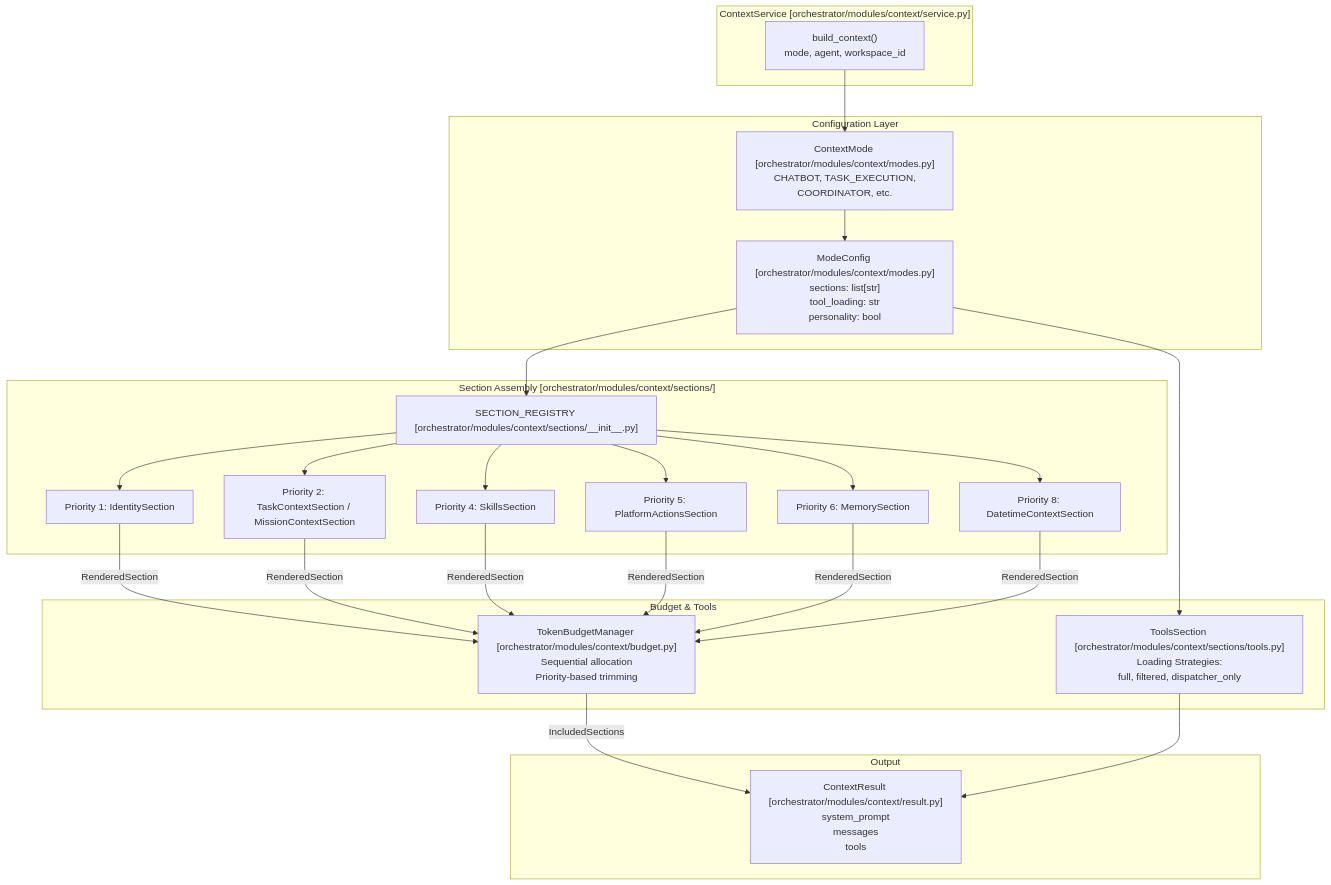
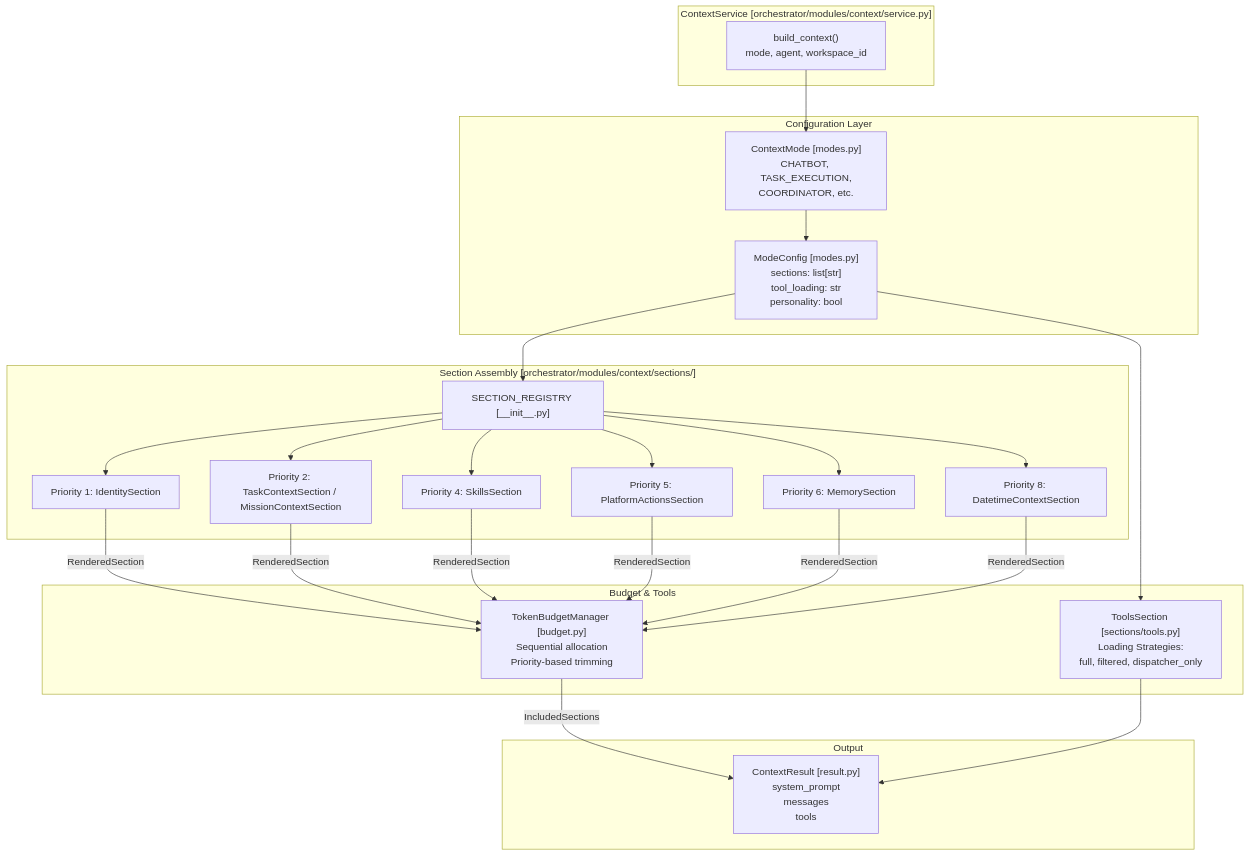
One commit to AutomatosAI/automatos-ai changed the first of 2 diagrams in docs/context-service/_index.md. Above: the diagram before and after it, drawn with Mermaid. The commit also changed other lines of this file and 153 other files, not shown here.

````diff
--- a/docs/context-service/_index.md
+++ b/docs/context-service/_index.md
@@ -54,39 +50,39 @@
 ```mermaid
 graph TB
     subgraph "ContextService [orchestrator/modules/context/service.py]"
         BuildContext["build_context()<br/>mode, agent, workspace_id"]
     end
     
     subgraph "Configuration Layer"
-        ModeConfig["ModeConfig [orchestrator/modules/context/modes.py]<br/>sections: list[str]<br/>tool_loading: str<br/>personality: bool"]
-        ContextMode["ContextMode [orchestrator/modules/context/modes.py]<br/>CHATBOT, TASK_EXECUTION,<br/>COORDINATOR, etc."]
+        ModeConfig["ModeConfig [modes.py]<br/>sections: list[str]<br/>tool_loading: str<br/>personality: bool"]
+        ContextMode["ContextMode [modes.py]<br/>CHATBOT, TASK_EXECUTION,<br/>COORDINATOR, etc."]
     end
     
     subgraph "Section Assembly [orchestrator/modules/context/sections/]"
-        Registry["SECTION_REGISTRY [orchestrator/modules/context/sections/__init__.py]"]
+        Registry["SECTION_REGISTRY [__init__.py]"]
         P1["Priority 1: IdentitySection"]
         P2["Priority 2: TaskContextSection / MissionContextSection"]
         P4["Priority 4: SkillsSection"]
         P5["Priority 5: PlatformActionsSection"]
         P6["Priority 6: MemorySection"]
         P8["Priority 8: DatetimeContextSection"]
     end
     
     subgraph "Budget & Tools"
-        TBM["TokenBudgetManager [orchestrator/modules/context/budget.py]<br/>Sequential allocation<br/>Priority-based trimming"]
-        Tools["ToolsSection [orchestrator/modules/context/sections/tools.py]<br/>Loading Strategies:<br/>full, filtered, dispatcher_only"]
+        TBM["TokenBudgetManager [budget.py]<br/>Sequential allocation<br/>Priority-based trimming"]
+        Tools["ToolsSection [sections/tools.py]<br/>Loading Strategies:<br/>full, filtered, dispatcher_only"]
     end
 
     subgraph "Output"
-        Result["ContextResult [orchestrator/modules/context/result.py]<br/>system_prompt<br/>messages<br/>tools"]
+        Result["ContextResult [result.py]<br/>system_prompt<br/>messages<br/>tools"]
     end
     
     BuildContext --> ContextMode
     ContextMode --> ModeConfig
     ModeConfig --> Registry
     Registry --> P1 & P2 & P4 & P5 & P6 & P8
     P1 & P2 & P4 & P5 & P6 & P8 -- RenderedSection --> TBM
     TBM -- IncludedSections --> Result
     ModeConfig --> Tools
     Tools --> Result
 ```
````
